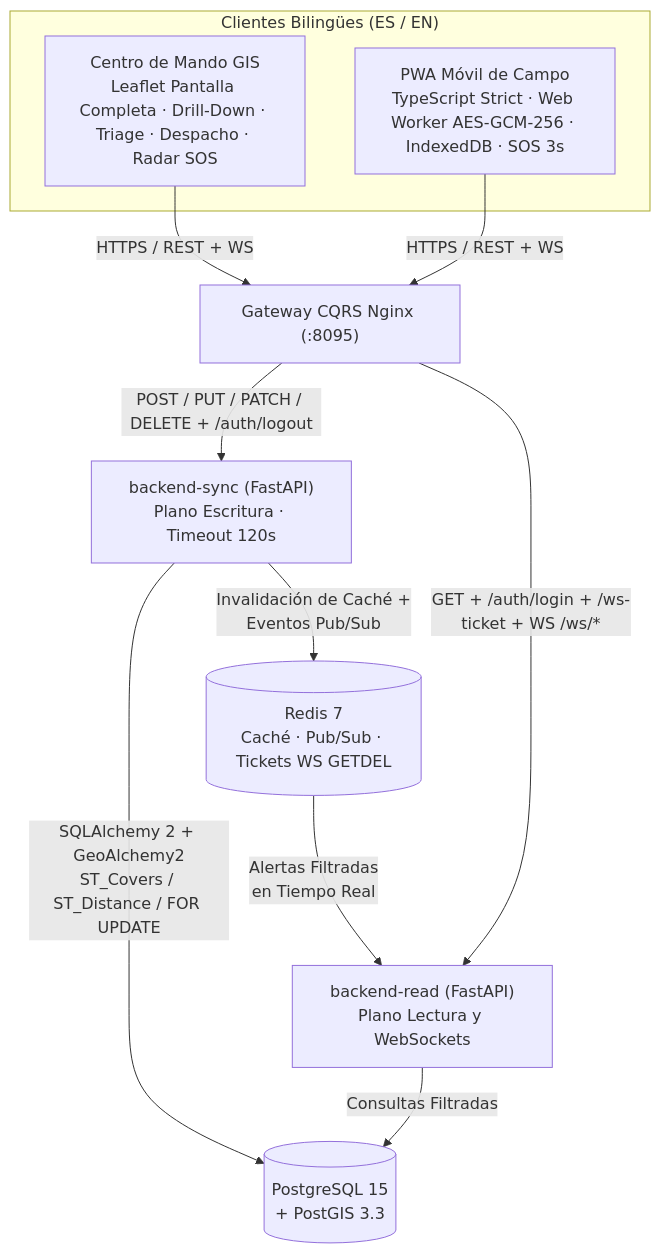
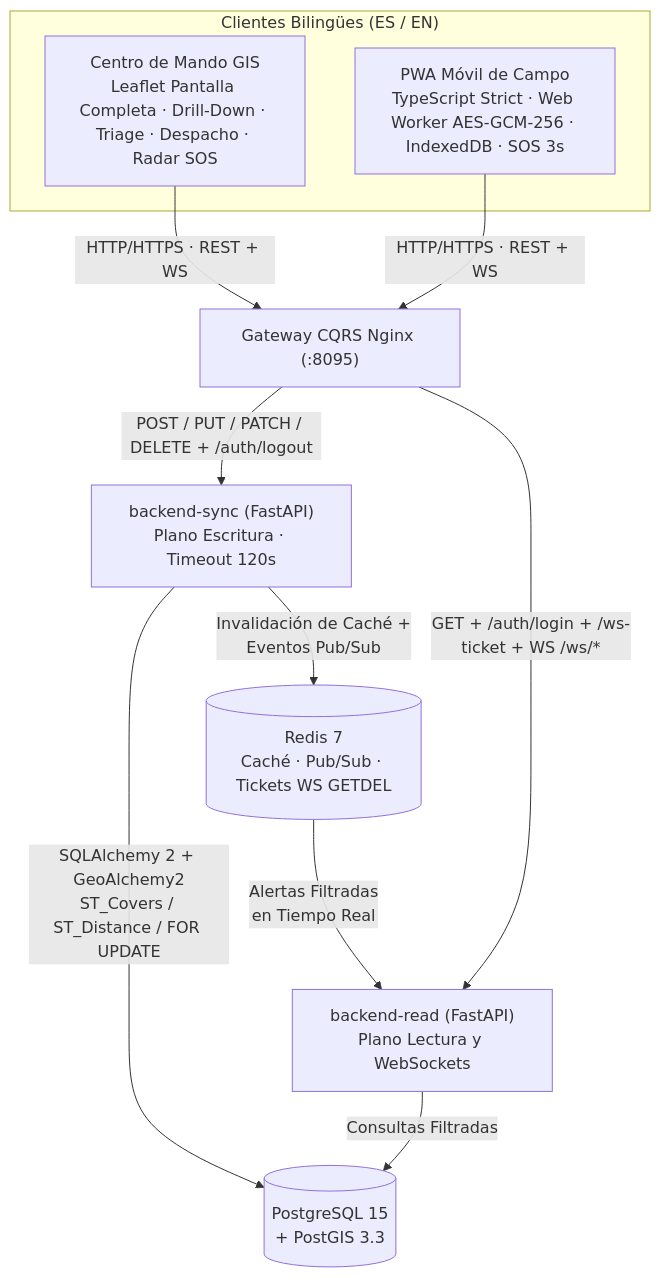
One commit to Mc3yohan/quantico-censo changed the diagram in README.es.md. Above: the diagram before and after it, drawn with Mermaid. The commit also changed other lines of this file and 1 other file, not shown here.

Commit message:
docs: clarify local Secure Context server, E2E verifier deps, and local HTTP/WS Mermaid label

````diff
--- a/README.es.md
+++ b/README.es.md
@@ -48,19 +48,19 @@
 ```mermaid
 flowchart TD
     subgraph Client["Clientes Bilingües (ES / EN)"]
         CMD["Centro de Mando GIS\nLeaflet Pantalla Completa · Drill-Down · Triage · Despacho · Radar SOS"]
         PWA["PWA Móvil de Campo\nTypeScript Strict · Web Worker AES-GCM-256 · IndexedDB · SOS 3s"]
     end
 
-    CMD -->|"HTTPS / REST + WS"| GW["Gateway CQRS Nginx (:8095)"]
-    PWA -->|"HTTPS / REST + WS"| GW
+    CMD -->|"HTTP/HTTPS · REST + WS"| GW["Gateway CQRS Nginx (:8095)"]
+    PWA -->|"HTTP/HTTPS · REST + WS"| GW
 
     GW -->|"POST / PUT / PATCH / DELETE + /auth/logout"| SYNC["backend-sync (FastAPI)\nPlano Escritura · Timeout 120s"]
     GW -->|"GET + /auth/login + /ws-ticket + WS /ws/*"| READ["backend-read (FastAPI)\nPlano Lectura y WebSockets"]
 
     SYNC -->|"SQLAlchemy 2 + GeoAlchemy2\nST_Covers / ST_Distance / FOR UPDATE"| PG[("PostgreSQL 15\n+ PostGIS 3.3")]
     READ -->|"Consultas Filtradas"| PG
 
     SYNC -->|"Invalidación de Caché +\nEventos Pub/Sub"| REDIS[("Redis 7\nCaché · Pub/Sub · Tickets WS GETDEL")]
     REDIS -->|"Alertas Filtradas\nen Tiempo Real"| READ
 ```
````
